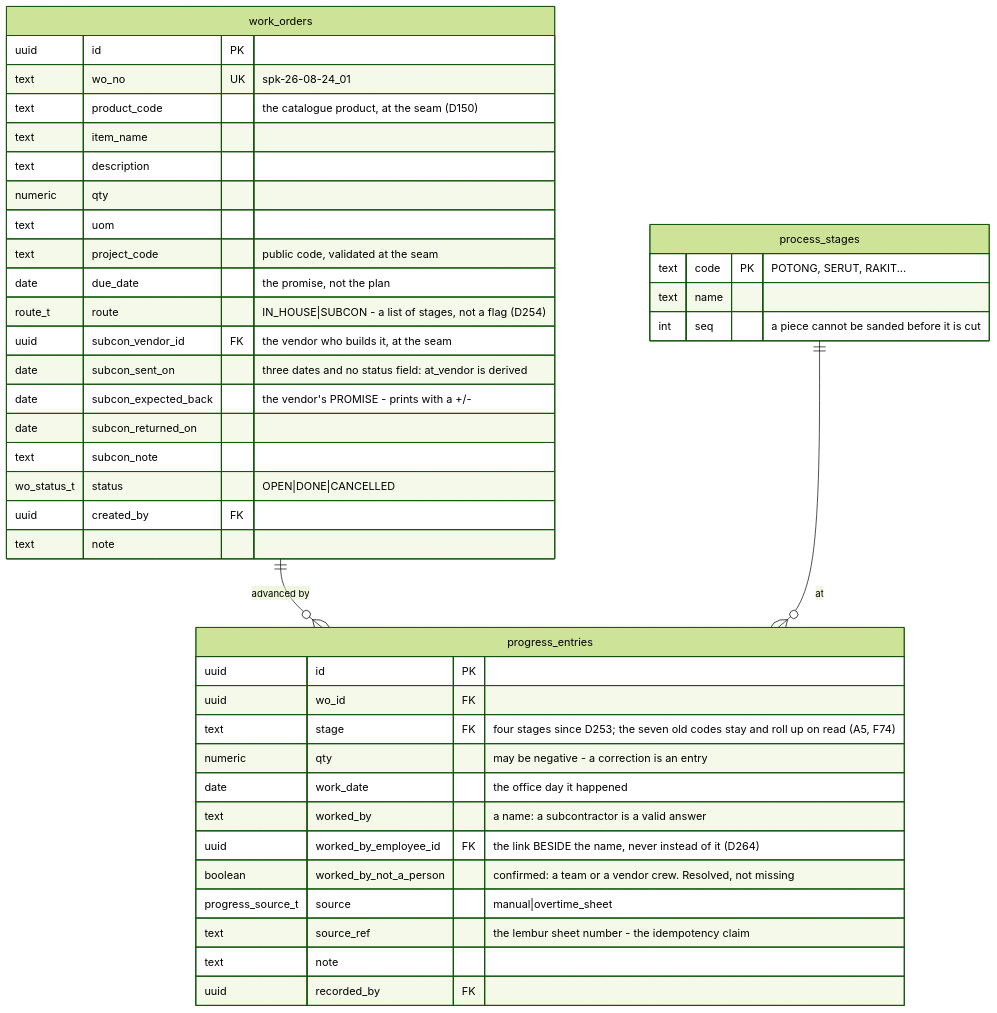
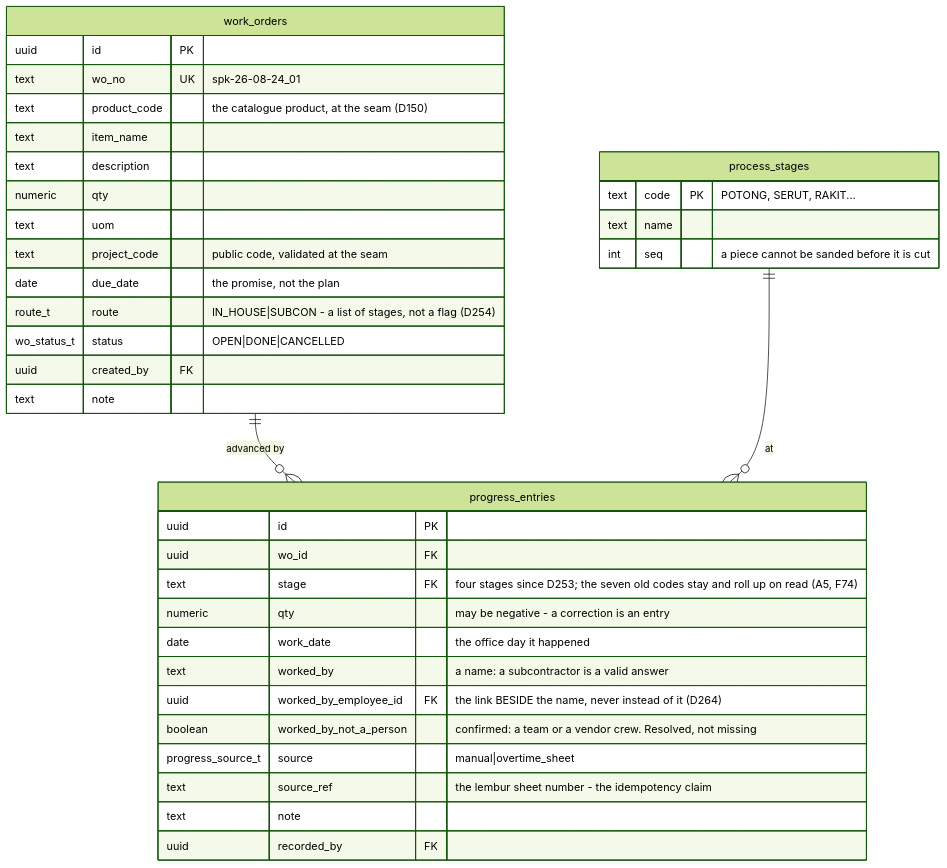
One commit to it-tala/ops-talaliving changed diagram 11 of 14 in docs/plan/02-database.md. Above: the diagram before and after it, drawn with Mermaid (forest theme). The commit also changed other lines of this file and 18 other files, not shown here.

````diff
--- a/docs/plan/02-database.md
+++ b/docs/plan/02-database.md
@@ -1769,45 +1784,40 @@
 ```mermaid
 erDiagram
     work_orders ||--o{ progress_entries : "advanced by"
     process_stages ||--o{ progress_entries : "at"
 
     process_stages {
         text code PK "POTONG, SERUT, RAKIT..."
         text name
         int seq "a piece cannot be sanded before it is cut"
     }
     work_orders {
         uuid id PK
         text wo_no UK "spk-26-08-24_01"
         text product_code "the catalogue product, at the seam (D150)"
         text item_name
         text description
         numeric qty
         text uom
         text project_code "public code, validated at the seam"
         date due_date "the promise, not the plan"
         route_t route "IN_HOUSE|SUBCON - a list of stages, not a flag (D254)"
-        uuid subcon_vendor_id FK "the vendor who builds it, at the seam"
-        date subcon_sent_on "three dates and no status field: at_vendor is derived"
-        date subcon_expected_back "the vendor's PROMISE - prints with a +/-"
-        date subcon_returned_on
-        text subcon_note
         wo_status_t status "OPEN|DONE|CANCELLED"
         uuid created_by FK
         text note
     }
     progress_entries {
         uuid id PK
         uuid wo_id FK
         text stage FK "four stages since D253; the seven old codes stay and roll up on read (A5, F74)"
         numeric qty "may be negative - a correction is an entry"
         date work_date "the office day it happened"
         text worked_by "a name: a subcontractor is a valid answer"
         uuid worked_by_employee_id FK "the link BESIDE the name, never instead of it (D264)"
         boolean worked_by_not_a_person "confirmed: a team or a vendor crew. Resolved, not missing"
         progress_source_t source "manual|overtime_sheet"
         text source_ref "the lembur sheet number - the idempotency claim"
         text note
         uuid recorded_by FK
     }
 ```
````
